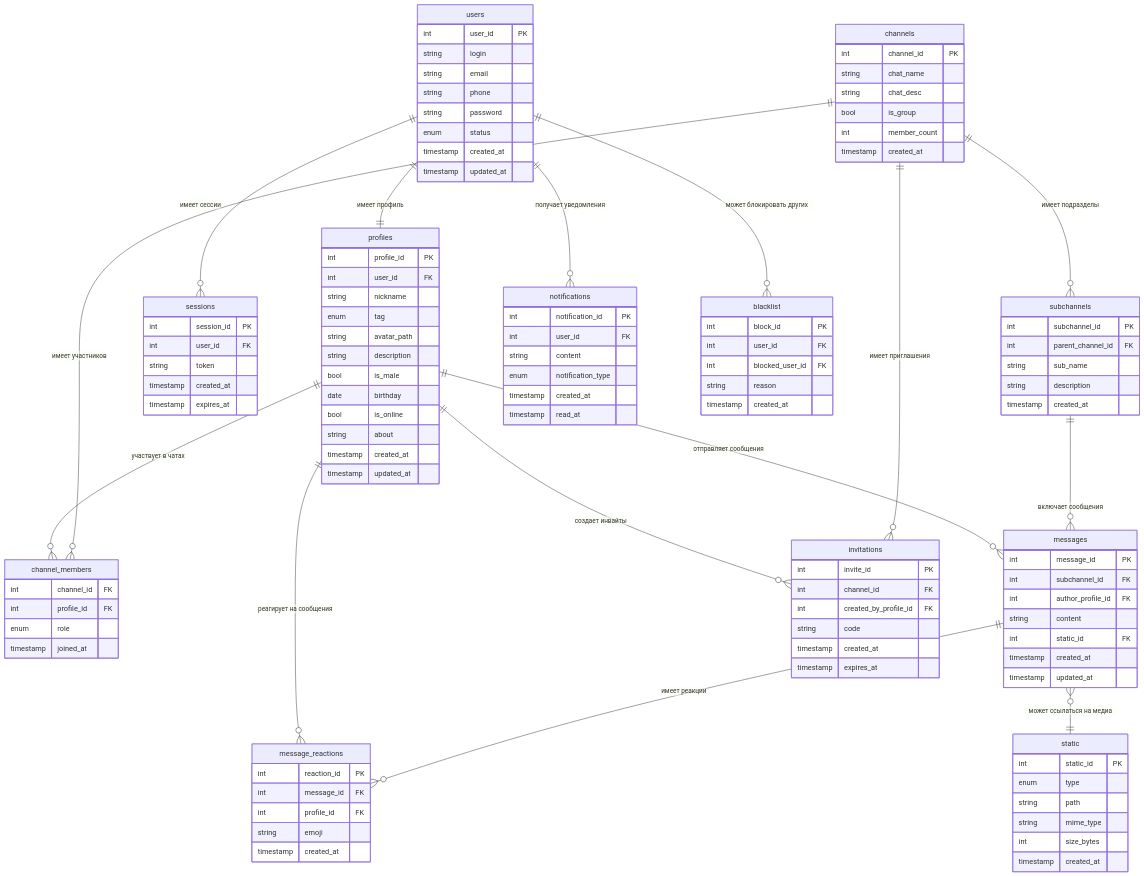
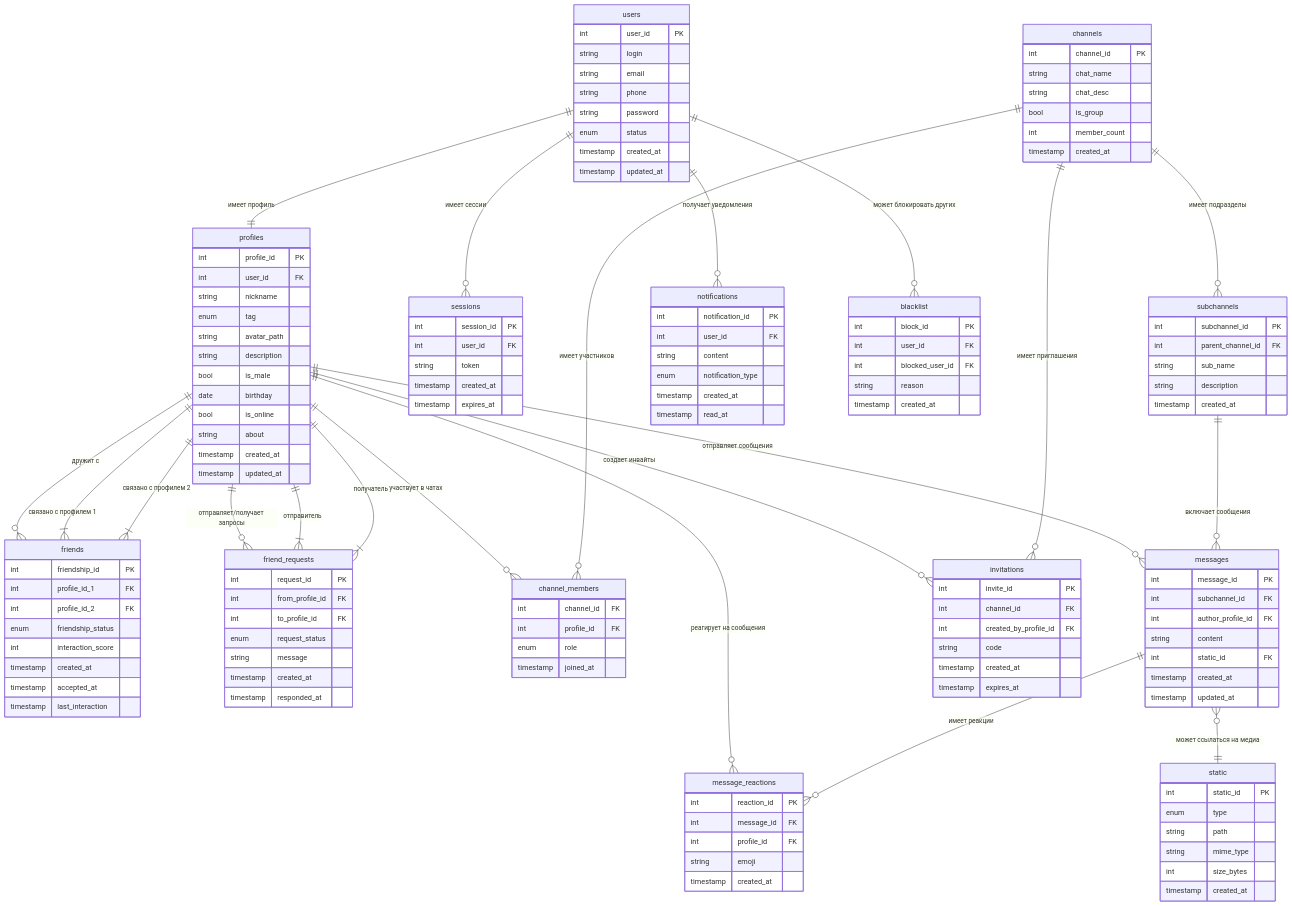
One commit to Neratus/highload_vk_technopark_Discord changed the second of 2 diagrams in README.md. Above: the diagram before and after it, drawn with Mermaid. The commit also changed other lines of this file, not shown here.

````diff
--- a/README.md
+++ b/README.md
@@ -401,5 +401,4 @@
 ```mermaid
-
 erDiagram
 
 users {
@@ -426,6 +425,27 @@
     string about
     timestamp created_at
     timestamp updated_at
+}
+
+friends {
+    int friendship_id PK
+    int profile_id_1 FK
+    int profile_id_2 FK
+    enum friendship_status
+    int interaction_score
+    timestamp created_at
+    timestamp accepted_at
+    timestamp last_interaction
+}
+
+friend_requests {
+    int request_id PK
+    int from_profile_id FK
+    int to_profile_id FK
+    enum request_status
+    string message
+    timestamp created_at
+    timestamp responded_at
 }
 
 sessions {
@@ -514,12 +534,13 @@
 }
 
 %% Связи
-
 users ||--|| profiles : "имеет профиль"
 users ||--o{ sessions : "имеет сессии"
 users ||--o{ notifications : "получает уведомления"
 users ||--o{ blacklist : "может блокировать других"
 
+profiles ||--o{ friends : "дружит с"
+profiles ||--o{ friend_requests : "отправляет/получает запросы"
 profiles ||--o{ channel_members : "участвует в чатах"
 profiles ||--o{ messages : "отправляет сообщения"
 profiles ||--o{ invitations : "создает инвайты"
@@ -534,7 +555,10 @@
 messages ||--o{ message_reactions : "имеет реакции"
 messages o{--|| static : "может ссылаться на медиа"
 
+friends }|--|| profiles : "связано с профилем 1"
+friends }|--|| profiles : "связано с профилем 2"
 
-
+friend_requests }|--|| profiles : "отправитель"
+friend_requests }|--|| profiles : "получатель"
 
 ```
````
